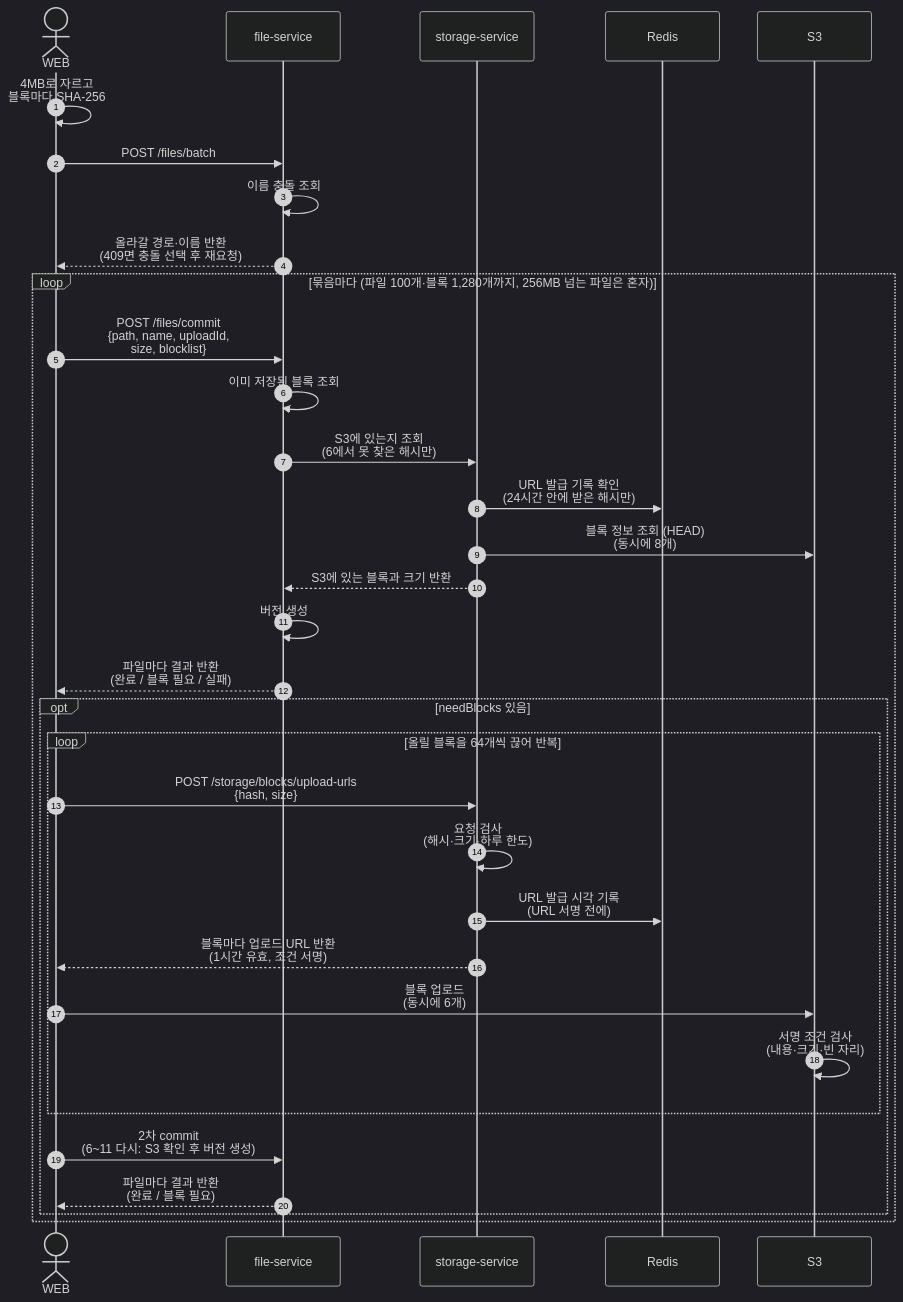
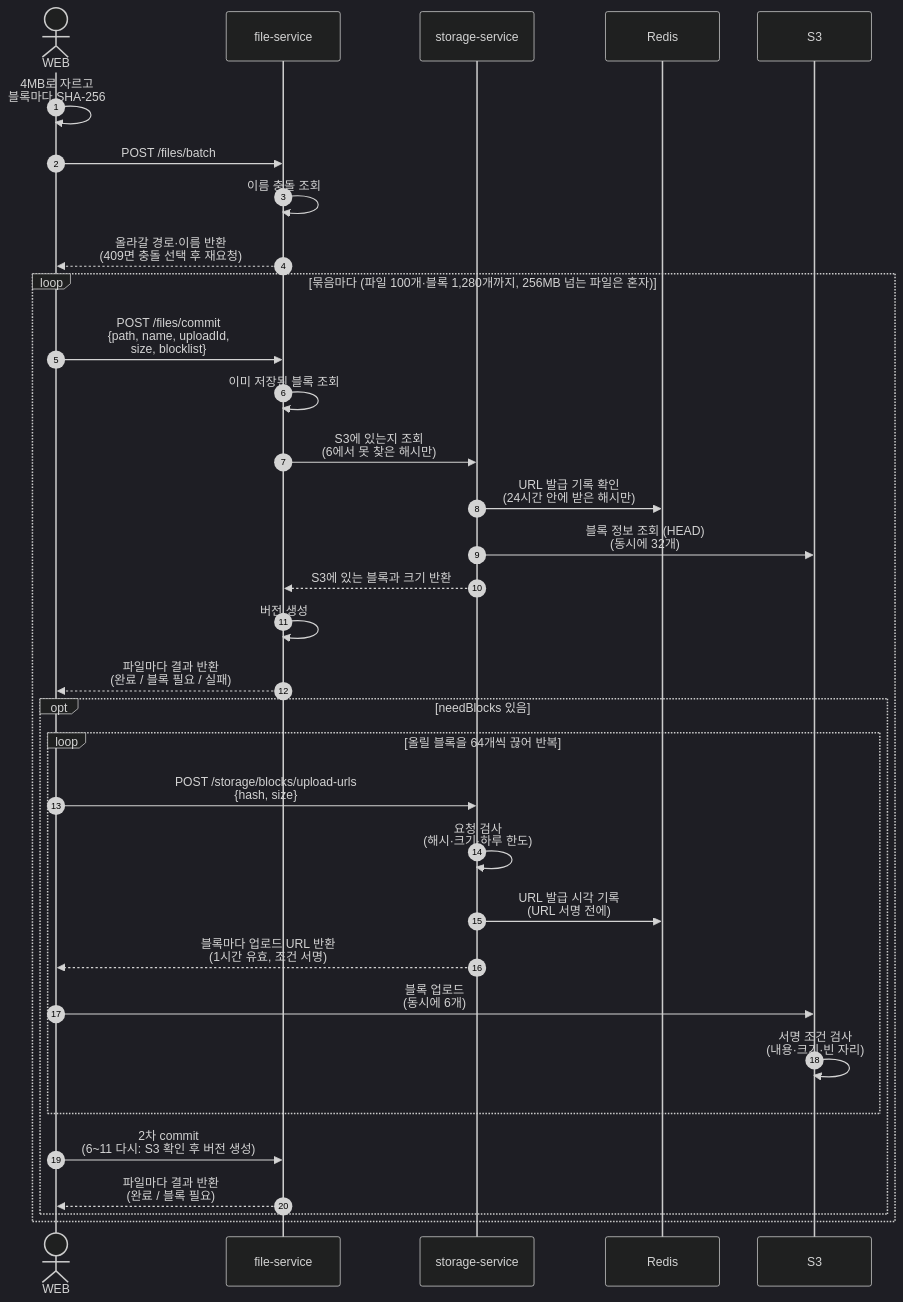
One commit to rivertw777/ModuDrive-API changed the first of 5 diagrams in .docs/spec/001-file-upload-spec.md. Above: the diagram before and after it, drawn with Mermaid (dark theme). The commit also changed other lines of this file and 10 other files, not shown here.

````diff
--- a/.docs/spec/001-file-upload-spec.md
+++ b/.docs/spec/001-file-upload-spec.md
@@ -45,38 +45,38 @@
 ```mermaid
 sequenceDiagram
     autonumber
     actor U as WEB
     participant F as file-service
     participant S as storage-service
     participant R as Redis
     participant S3 as S3
 
     U->>U: 4MB로 자르고<br/>블록마다 SHA-256
     U->>F: POST /files/batch
     F->>F: 이름 충돌 조회
     F-->>U: 올라갈 경로·이름 반환<br/>(409면 충돌 선택 후 재요청)
 
     loop 묶음마다 (파일 100개·블록 1,280개까지, 256MB 넘는 파일은 혼자)
         U->>F: POST /files/commit<br/>{path, name, uploadId,<br/>size, blocklist}
         F->>F: 이미 저장된 블록 조회
         F->>S: S3에 있는지 조회<br/>(6에서 못 찾은 해시만)
         S->>R: URL 발급 기록 확인<br/>(24시간 안에 받은 해시만)
-        S->>S3: 블록 정보 조회 (HEAD)<br/>(동시에 8개)
+        S->>S3: 블록 정보 조회 (HEAD)<br/>(동시에 32개)
         S-->>F: S3에 있는 블록과 크기 반환
         F->>F: 버전 생성
         F-->>U: 파일마다 결과 반환<br/>(완료 / 블록 필요 / 실패)
 
         opt needBlocks 있음
             loop 올릴 블록을 64개씩 끊어 반복
                 U->>S: POST /storage/blocks/upload-urls<br/>{hash, size}
                 S->>S: 요청 검사<br/>(해시·크기·하루 한도)
                 S->>R: URL 발급 시각 기록<br/>(URL 서명 전에)
                 S-->>U: 블록마다 업로드 URL 반환<br/>(1시간 유효, 조건 서명)
                 U->>S3: 블록 업로드<br/>(동시에 6개)
                 S3->>S3: 서명 조건 검사<br/>(내용·크기·빈 자리)
             end
             U->>F: 2차 commit<br/>(6~11 다시: S3 확인 후 버전 생성)
             F-->>U: 파일마다 결과 반환<br/>(완료 / 블록 필요)
         end
     end
 ```
````
